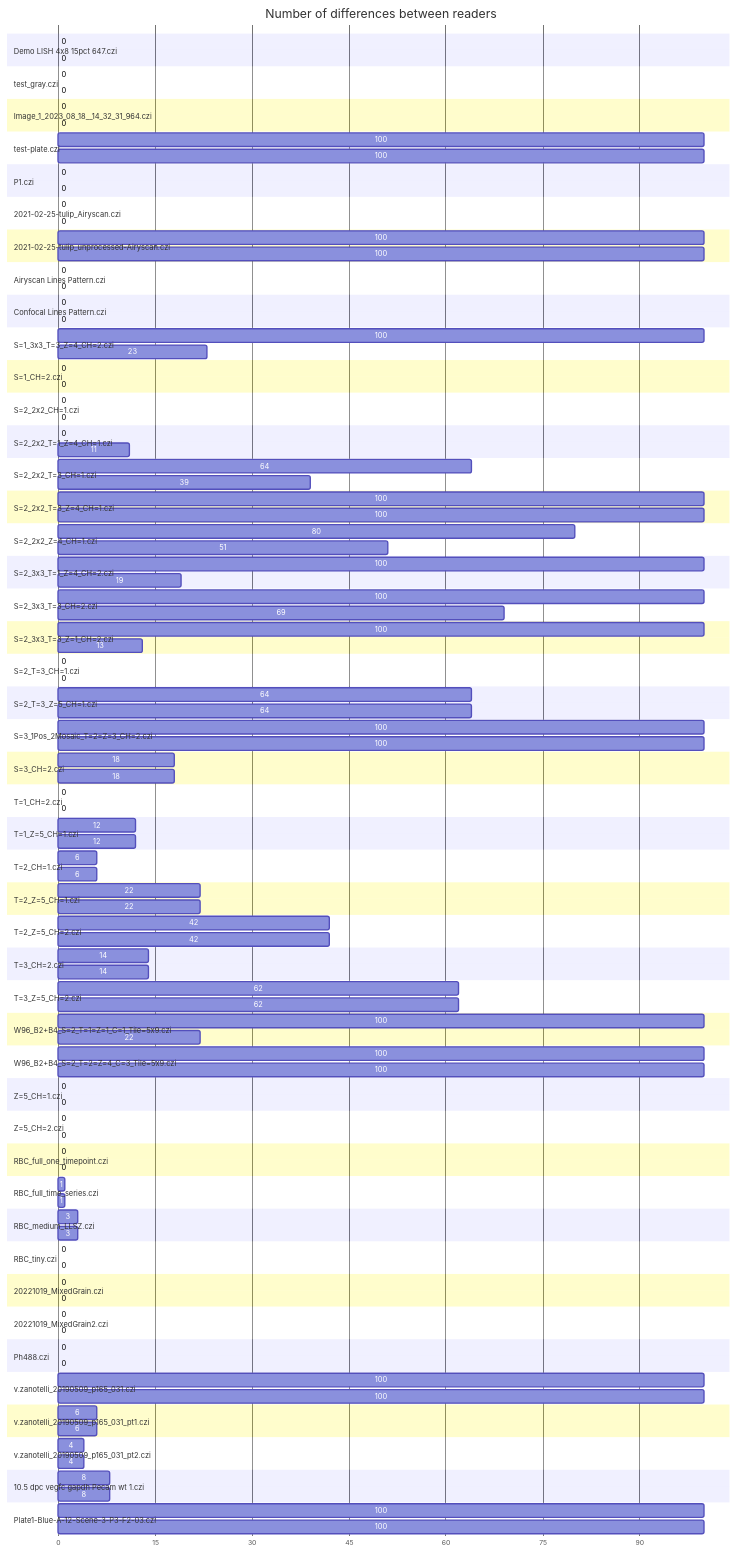
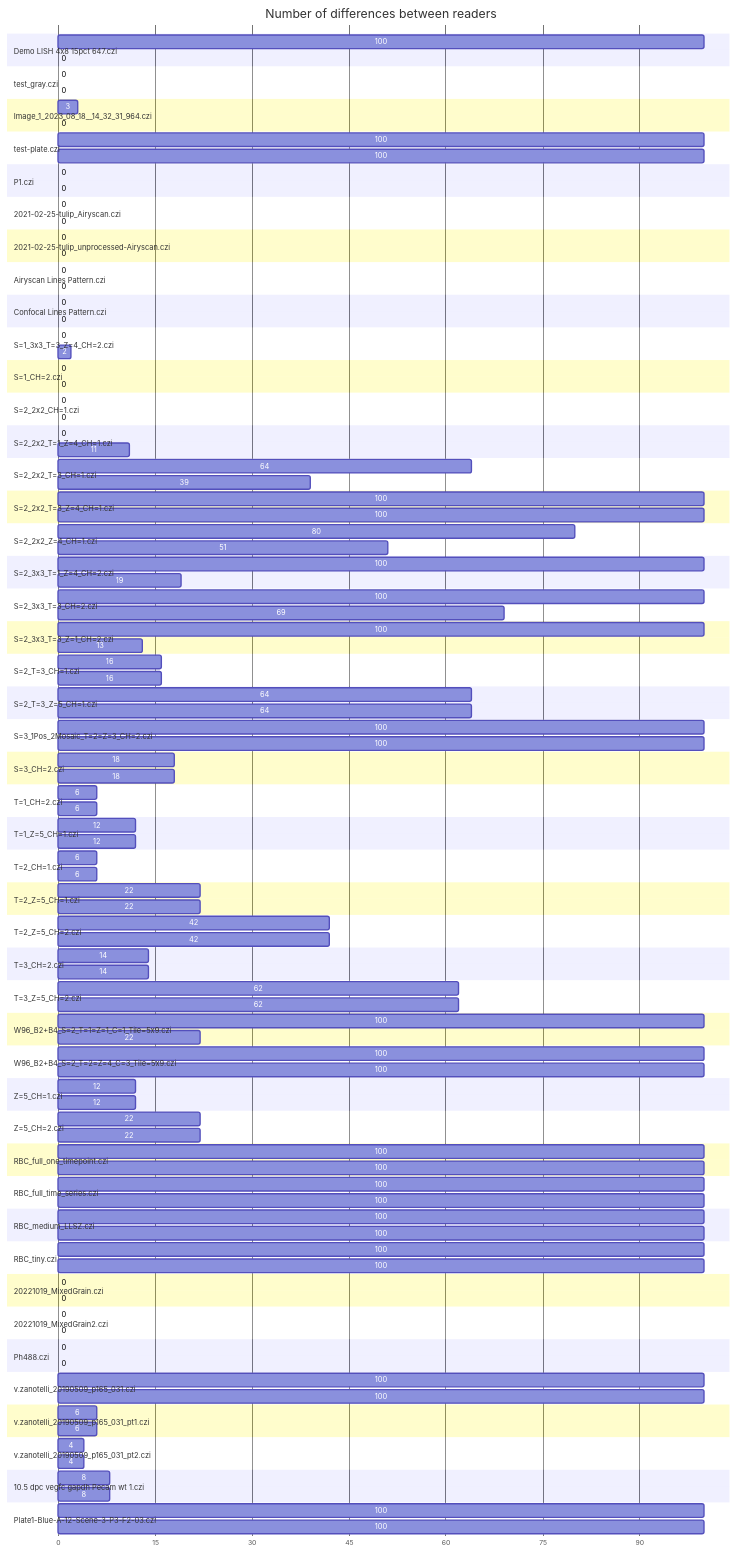
The first of 4 diagrams in comparison_summary_chart.md (BIOP/quick-start-czi-reader), drawn with Mermaid before and after one commit. The commit also changed other lines of this file and 93 other files, not shown here.

```diff
--- a/comparison_summary_chart.md
+++ b/comparison_summary_chart.md
@@ -6,7 +6,7 @@
             axisFormat %s
 
             section Demo LISH 4x8 15pct 647.czi
-            0   : 0, 0
+            100   : 0, 100
             section Demo LISH 4x8 15pct 647.czi
             0   : 0, 0
             section test_gray.czi
@@ -14,7 +14,7 @@
             section test_gray.czi
             0   : 0, 0
             section Image_1_2023_08_18__14_32_31_964.czi
-            0   : 0, 0
+            3   : 0, 3
             section Image_1_2023_08_18__14_32_31_964.czi
             0   : 0, 0
             section test-plate.czi
@@ -30,9 +30,9 @@
             section 2021-02-25-tulip_Airyscan.czi
             0   : 0, 0
             section 2021-02-25-tulip_unprocessed-Airyscan.czi
-            100   : 0, 100
+            0   : 0, 0
             section 2021-02-25-tulip_unprocessed-Airyscan.czi
-            100   : 0, 100
+            0   : 0, 0
             section Airyscan Lines Pattern.czi
             0   : 0, 0
             section Airyscan Lines Pattern.czi
@@ -42,9 +42,9 @@
             section Confocal Lines Pattern.czi
             0   : 0, 0
             section S=1_3x3_T=3_Z=4_CH=2.czi
-            100   : 0, 100
+            0   : 0, 0
             section S=1_3x3_T=3_Z=4_CH=2.czi
-            23   : 0, 23
+            2   : 0, 2
             section S=1_CH=2.czi
             0   : 0, 0
             section S=1_CH=2.czi
@@ -82,9 +82,9 @@
             section S=2_3x3_T=3_Z=1_CH=2.czi
             13   : 0, 13
             section S=2_T=3_CH=1.czi
-            0   : 0, 0
+            16   : 0, 16
             section S=2_T=3_CH=1.czi
-            0   : 0, 0
+            16   : 0, 16
             section S=2_T=3_Z=5_CH=1.czi
             64   : 0, 64
             section S=2_T=3_Z=5_CH=1.czi
@@ -98,9 +98,9 @@
             section S=3_CH=2.czi
             18   : 0, 18
             section T=1_CH=2.czi
-            0   : 0, 0
+            6   : 0, 6
             section T=1_CH=2.czi
-            0   : 0, 0
+            6   : 0, 6
             section T=1_Z=5_CH=1.czi
             12   : 0, 12
             section T=1_Z=5_CH=1.czi
@@ -134,29 +134,29 @@
             section W96_B2+B4_S=2_T=2=Z=4_C=3_Tile=5x9.czi
             100   : 0, 100
             section Z=5_CH=1.czi
-            0   : 0, 0
+            12   : 0, 12
             section Z=5_CH=1.czi
-            0   : 0, 0
+            12   : 0, 12
             section Z=5_CH=2.czi
-            0   : 0, 0
+            22   : 0, 22
             section Z=5_CH=2.czi
-            0   : 0, 0
+            22   : 0, 22
             section RBC_full_one_timepoint.czi
-            0   : 0, 0
+            100   : 0, 100
             section RBC_full_one_timepoint.czi
-            0   : 0, 0
+            100   : 0, 100
             section RBC_full_time_series.czi
-            1   : 0, 1
+            100   : 0, 100
             section RBC_full_time_series.czi
-            1   : 0, 1
+            100   : 0, 100
             section RBC_medium_LLSZ.czi
-            3   : 0, 3
+            100   : 0, 100
             section RBC_medium_LLSZ.czi
-            3   : 0, 3
+            100   : 0, 100
             section RBC_tiny.czi
-            0   : 0, 0
+            100   : 0, 100
             section RBC_tiny.czi
-            0   : 0, 0
+            100   : 0, 100
             section 20221019_MixedGrain.czi
             0   : 0, 0
             section 20221019_MixedGrain.czi
```
